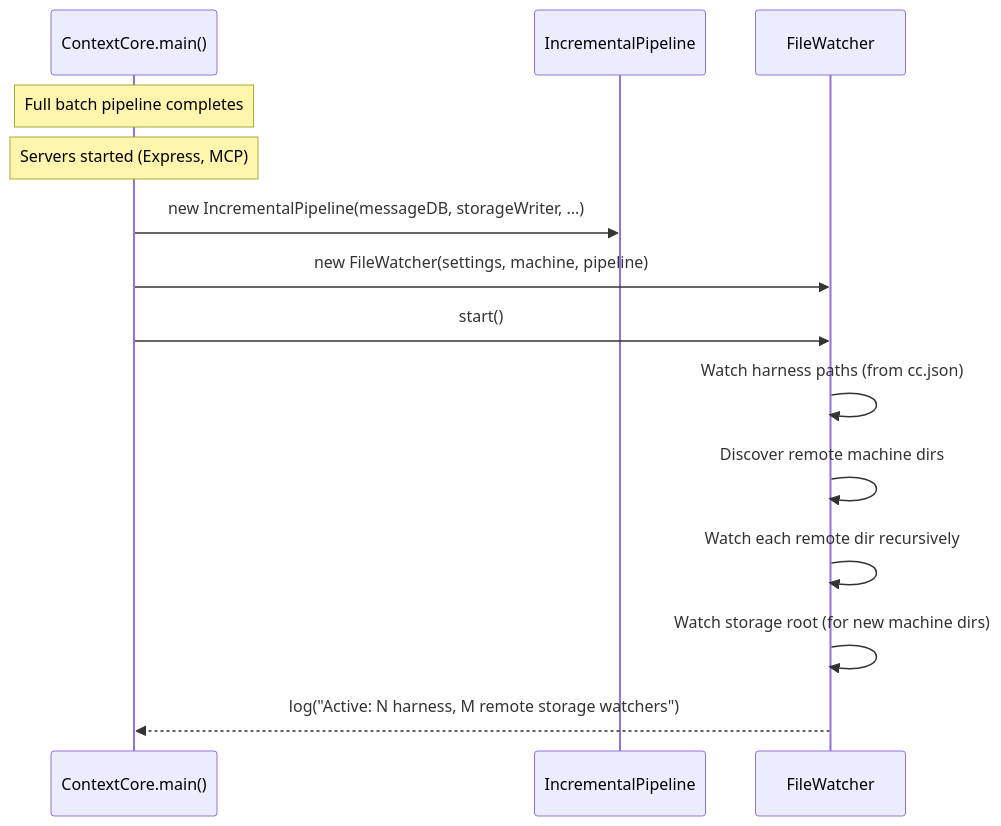
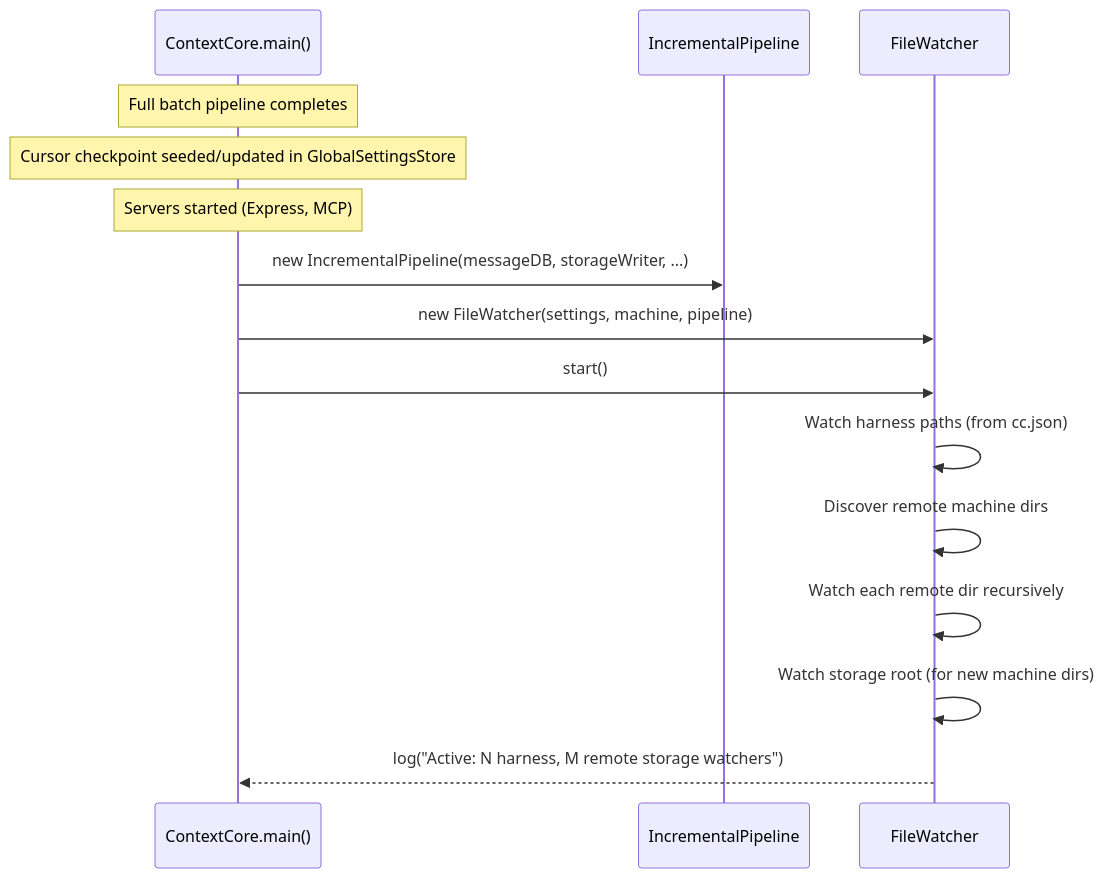
One commit to Kyliathy/context-core changed diagram 13 of 15 in server/zz-reach2/architecture/data/archi-file-watcher.md. Above: the diagram before and after it, drawn with Mermaid. The commit also changed other lines of this file and 23 other files, not shown here.

````diff
--- a/server/zz-reach2/architecture/data/archi-file-watcher.md
+++ b/server/zz-reach2/architecture/data/archi-file-watcher.md
@@ -494,20 +535,21 @@
 ```mermaid
 sequenceDiagram
     participant CC as ContextCore.main()
     participant IP as IncrementalPipeline
     participant FW as FileWatcher
 
     Note over CC: Full batch pipeline completes
+    Note over CC: Cursor checkpoint seeded/updated in GlobalSettingsStore
     Note over CC: Servers started (Express, MCP)
 
     CC->>IP: new IncrementalPipeline(messageDB, storageWriter, ...)
     CC->>FW: new FileWatcher(settings, machine, pipeline)
     CC->>FW: start()
 
     FW->>FW: Watch harness paths (from cc.json)
     FW->>FW: Discover remote machine dirs
     FW->>FW: Watch each remote dir recursively
     FW->>FW: Watch storage root (for new machine dirs)
 
     FW-->>CC: log("Active: N harness, M remote storage watchers")
 ```
````
